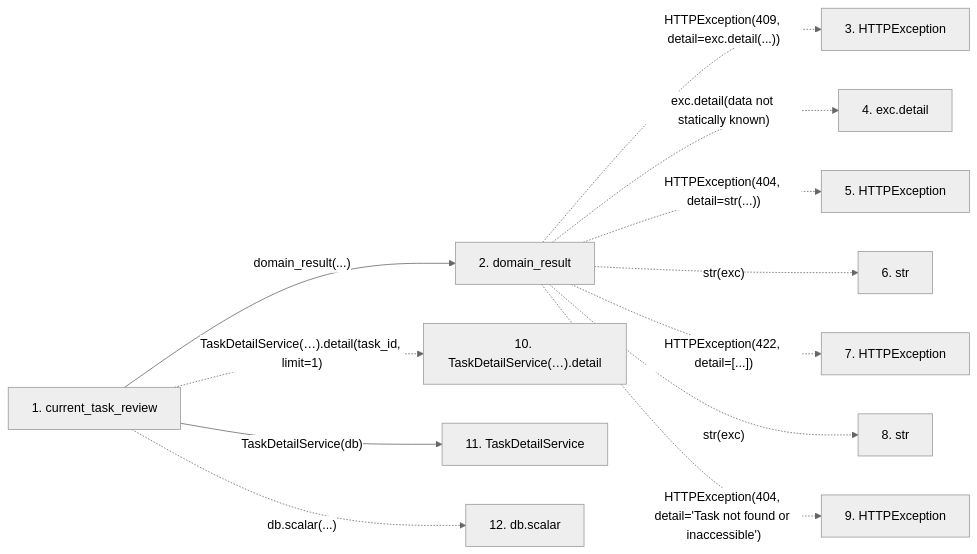
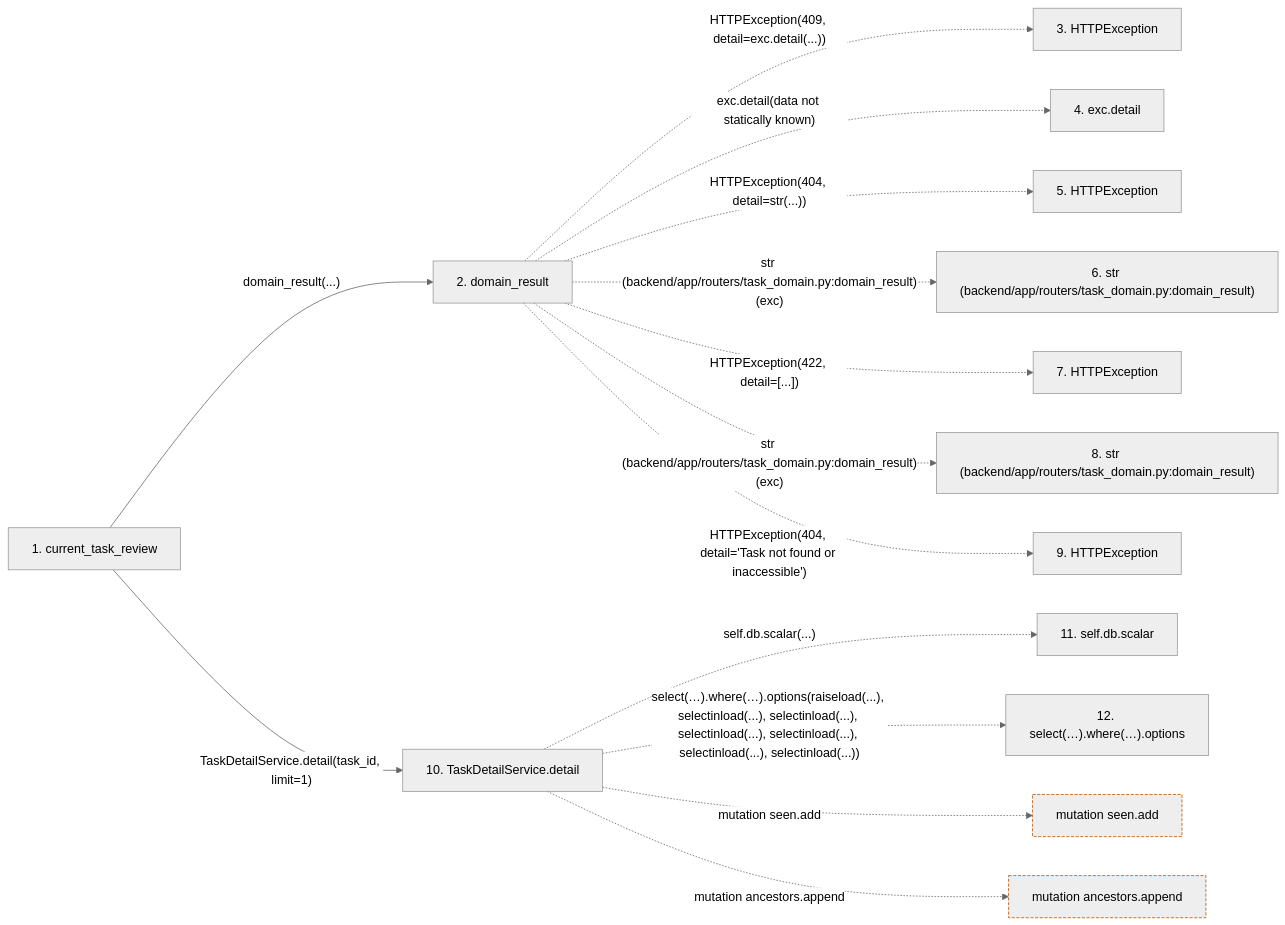
Before and after one commit to Denissvgn/WorkChord: the second of 2 diagrams in docs/llm_wiki/flows/http-current_task_review.md, drawn with Mermaid (neutral theme). The commit also changed other lines of this file and 25171 other files, not shown here.

````diff
--- a/docs/llm_wiki/flows/http-current_task_review.md
+++ b/docs/llm_wiki/flows/http-current_task_review.md
@@ -46,29 +143,36 @@
 ```mermaid
 flowchart LR
     s1["1. current_task_review"]
     s2["2. domain_result"]
     s3["3. HTTPException"]
     s4["4. exc.detail"]
     s5["5. HTTPException"]
-    s6["6. str"]
+    s6["6. str (backend/app/routers/task_domain.py:domain_result)"]
     s7["7. HTTPException"]
-    s8["8. str"]
+    s8["8. str (backend/app/routers/task_domain.py:domain_result)"]
     s9["9. HTTPException"]
-    s10["10. TaskDetailService(…).detail"]
-    s11["11. TaskDetailService"]
-    s12["12. db.scalar"]
+    s10["10. TaskDetailService.detail"]
+    s11["11. self.db.scalar"]
+    s12["12. select(…).where(…).options"]
     s1 -->|"domain_result(...)"| s2
     s2 -. "HTTPException(409, detail=exc.detail(...))" .-> s3
     s2 -. "exc.detail(data not statically known)" .-> s4
     s2 -. "HTTPException(404, detail=str(...))" .-> s5
-    s2 -. "str(exc)" .-> s6
+    s2 -. "str (backend/app/routers/task_domain.py:domain_result)(exc)" .-> s6
     s2 -. "HTTPException(422, detail=[...])" .-> s7
-    s2 -. "str(exc)" .-> s8
+    s2 -. "str (backend/app/routers/task_domain.py:domain_result)(exc)" .-> s8
     s2 -. "HTTPException(404, detail='Task not found or inaccessible')" .-> s9
-    s1 -. "TaskDetailService(…).detail(task_id, limit=1)" .-> s10
-    s1 -->|"TaskDetailService(db)"| s11
-    s1 -. "db.scalar(...)" .-> s12
+    s1 -->|"TaskDetailService.detail(task_id, limit=1)"| s10
+    s10 -. "self.db.scalar(...)" .-> s11
+    s10 -. "select(…).where(…).options(raiseload(...), selectinload(...), selectinload(...), selectinload(...), selectinload(...), selectinload(...), selectinload(...))" .-> s12
+    b0["mutation seen.add"]
+    s10 -. "mutation seen.add" .-> b0
+    b1["mutation ancestors.append"]
+    s10 -. "mutation ancestors.append" .-> b1
     click s1 "../modules/routers_task_domain.md"
     click s2 "../modules/routers_task_domain.md"
-    click s11 "../modules/task_detail_service.md"
+    click s10 "../modules/task_detail_service.md"
+    classDef boundary stroke:#b45309,stroke-dasharray: 4 2
+    class b0 boundary
+    class b1 boundary
 ```
````
